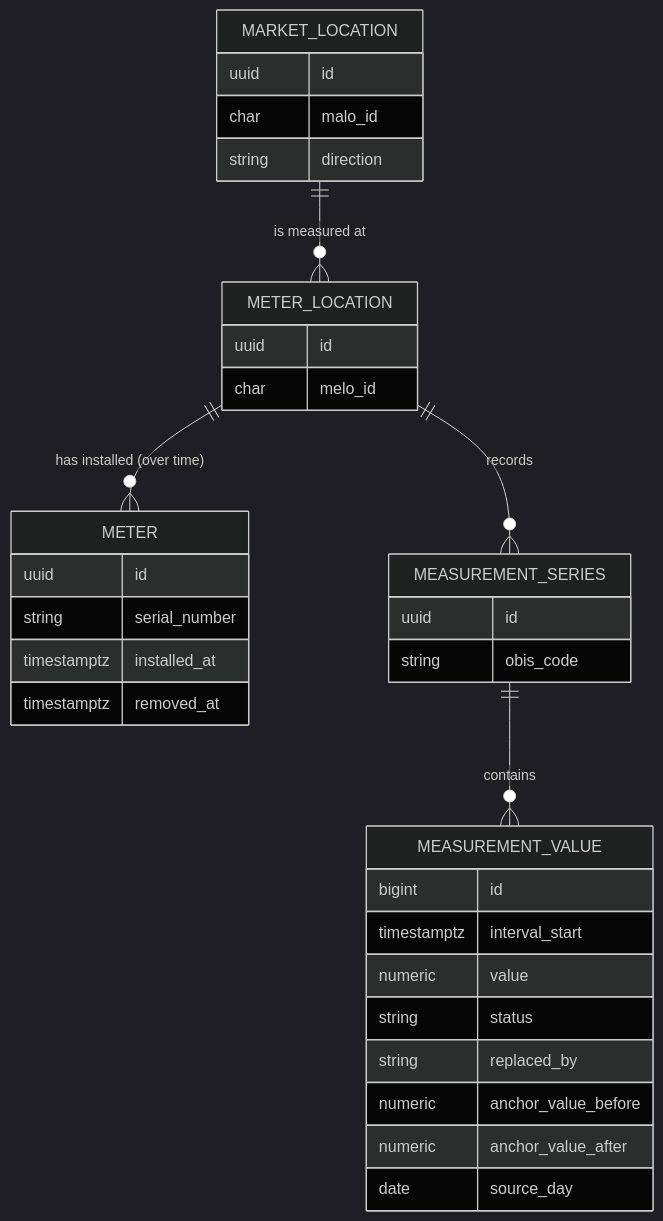
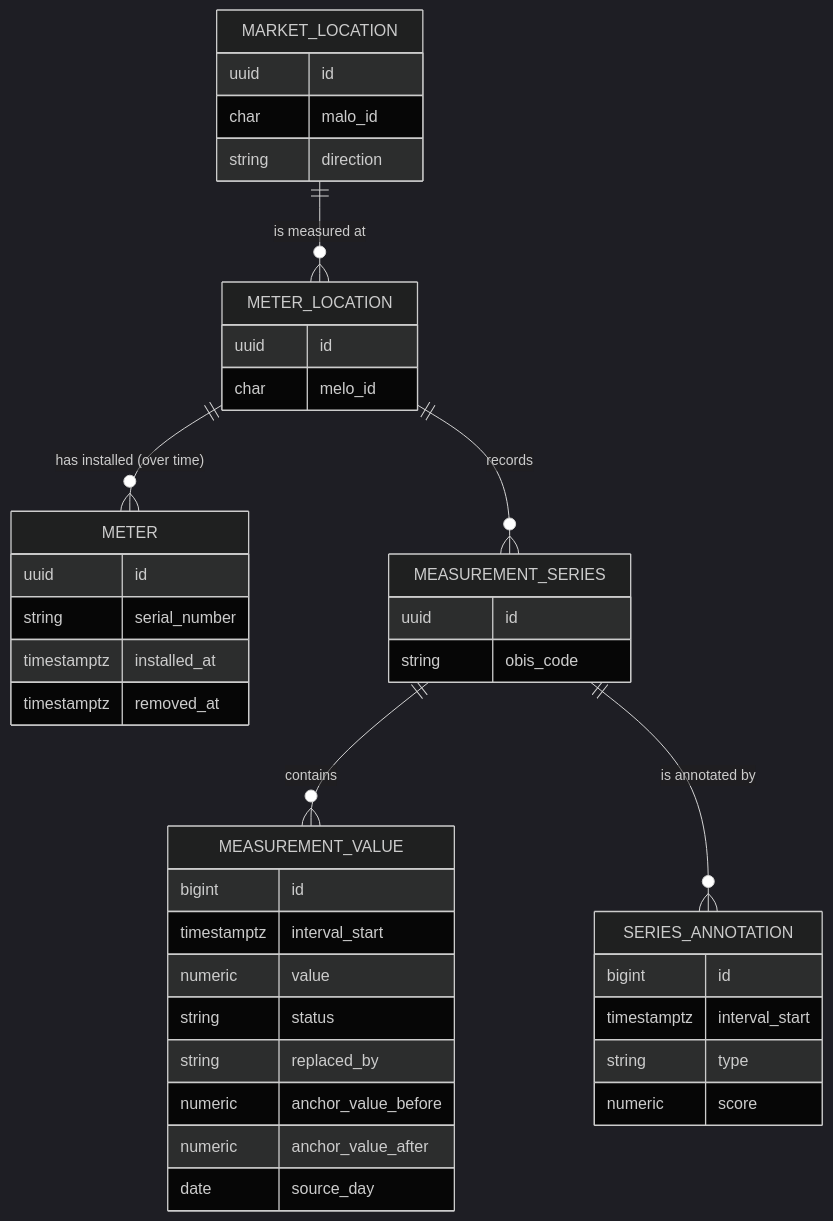
Before and after one commit to hanan-raza/meter-data-service: the second of 3 diagrams in README.md, drawn with Mermaid (dark theme). The commit also changed other lines of this file and 25 other files, not shown here.

````diff
--- a/README.md
+++ b/README.md
@@ -53,36 +53,43 @@
 ```mermaid
 erDiagram
     MARKET_LOCATION ||--o{ METER_LOCATION : "is measured at"
     METER_LOCATION ||--o{ METER : "has installed (over time)"
     METER_LOCATION ||--o{ MEASUREMENT_SERIES : "records"
     MEASUREMENT_SERIES ||--o{ MEASUREMENT_VALUE : "contains"
+    MEASUREMENT_SERIES ||--o{ SERIES_ANNOTATION : "is annotated by"
     MARKET_LOCATION {
         uuid id
         char malo_id
         string direction
     }
     METER_LOCATION {
         uuid id
         char melo_id
     }
     METER {
         uuid id
         string serial_number
         timestamptz installed_at
         timestamptz removed_at
     }
     MEASUREMENT_SERIES {
         uuid id
         string obis_code
     }
     MEASUREMENT_VALUE {
         bigint id
         timestamptz interval_start
         numeric value
         string status
         string replaced_by
         numeric anchor_value_before
         numeric anchor_value_after
         date source_day
     }
+    SERIES_ANNOTATION {
+        bigint id
+        timestamptz interval_start
+        string type
+        numeric score
+    }
 ```
````
